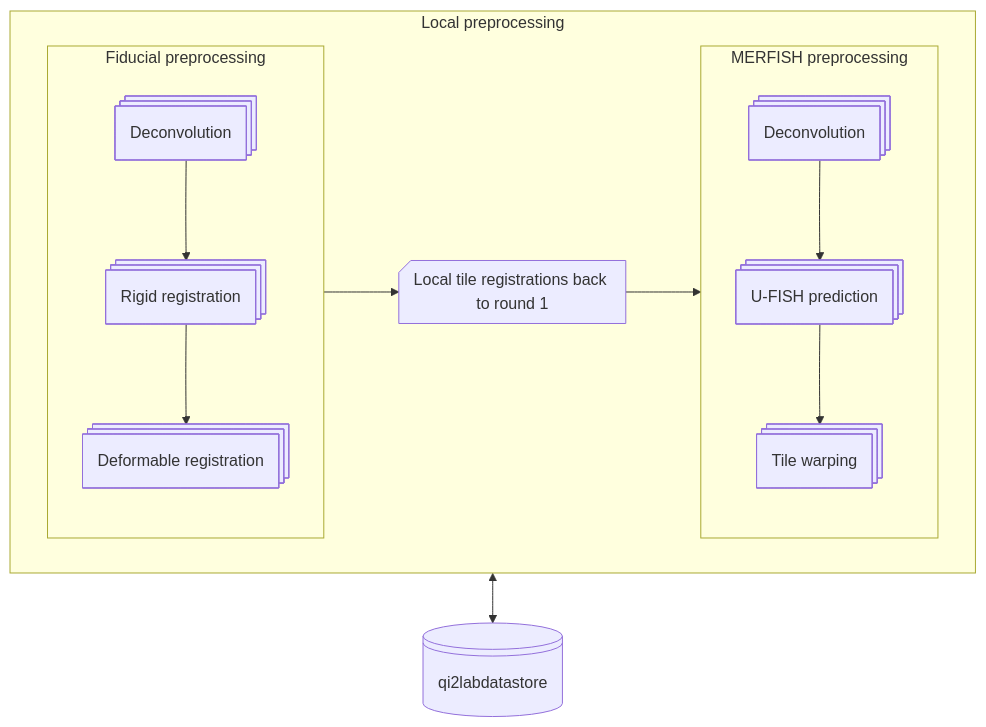
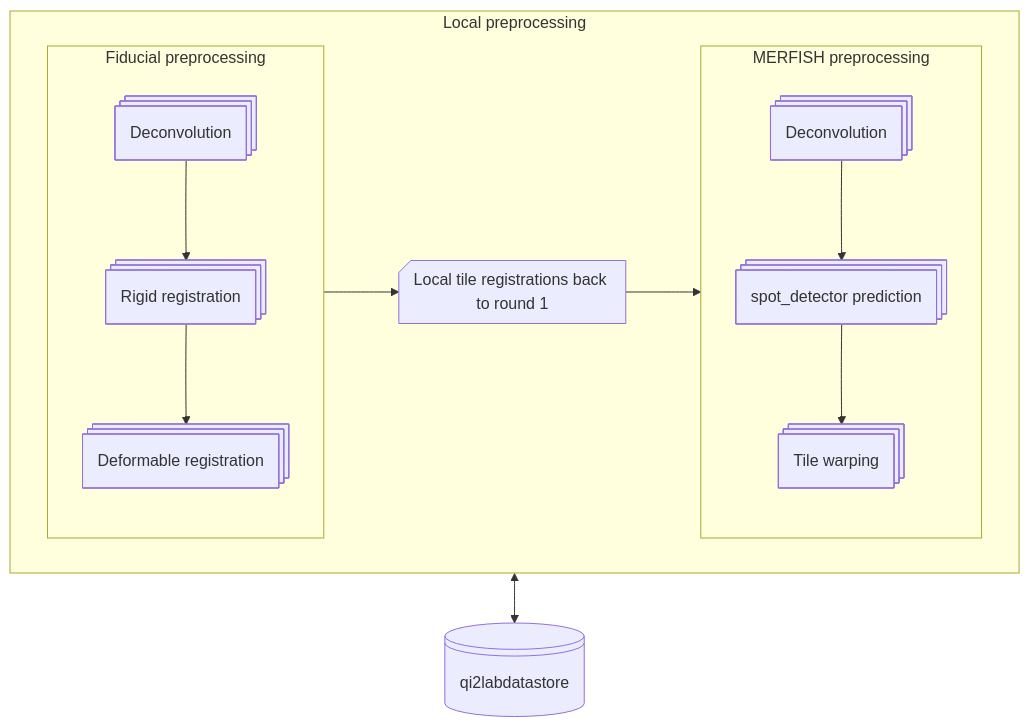
One commit to QI2lab/merfish3d-analysis changed the third of 6 diagrams in docs/workflow.md. Above: the diagram before and after it, drawn with Mermaid. The commit also changed 10 other files, not shown here.

Commit message:
Rename 'ufish' references to 'spot_detector' across documentation and codebase

````diff
--- a/docs/workflow.md
+++ b/docs/workflow.md
@@ -60,36 +60,36 @@
 ```mermaid
 %%{init: { "theme": "default", "themeVariables": { "htmlLabels": true, "curve": "linear", "layout": "elk" } } }%%
 flowchart TD
  subgraph s2["MERFISH preprocessing"]
         n17["Deconvolution"]
-        n18["U-FISH prediction"]
+        n18["spot_detector prediction"]
         n19["Tile warping"]
   end
  subgraph s3["Fiducial preprocessing"]
         n14["Deconvolution"]
         n15["Rigid registration"]
         n16["Deformable registration"]
   end
  subgraph s1["Local preprocessing"]
         s2
         s3
         n1["Local tile registrations back to round 1"]
   end
   n13["qi2labdatastore"]
    
     s3 --> n1
     n1 --> s2
     s1 <--> n13
     n14 --> n15
     n15 --> n16
     n17 --> n18
     n18 --> n19
     n1@{ shape: notch-rect}
     n13@{ shape: lin-cyl}
     n14@{ shape: procs}
     n15@{ shape: procs}
     n16@{ shape: procs}
     n17@{ shape: procs}
     n18@{ shape: procs}
     n19@{ shape: procs}
 ```
````
